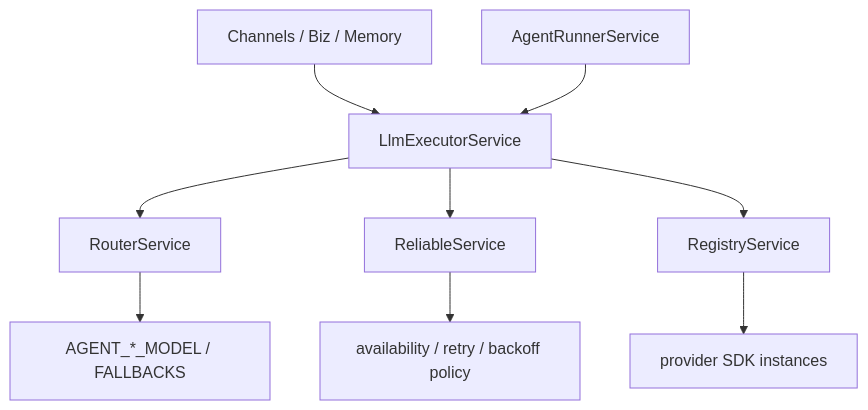
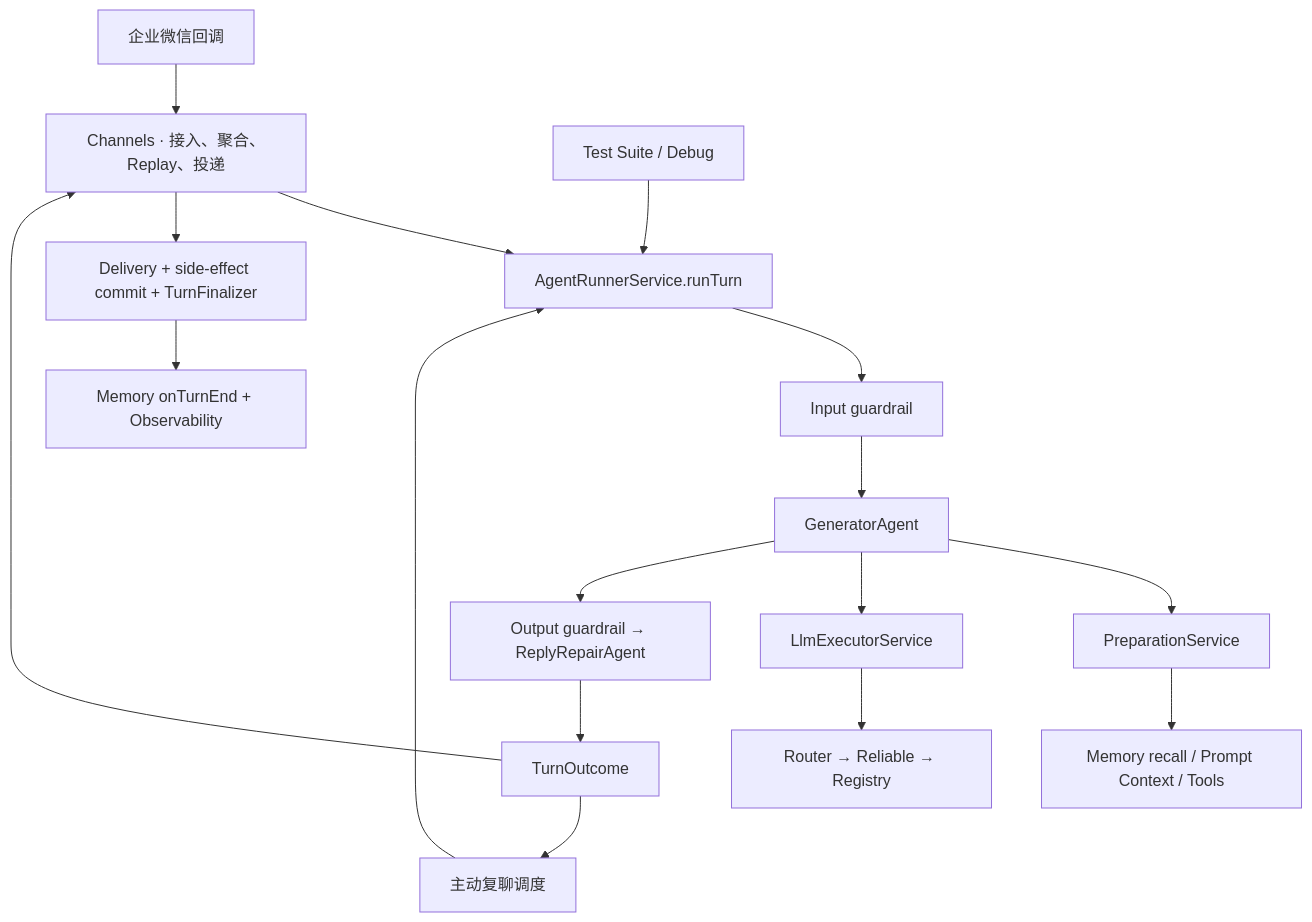
Before and after one commit to huajune/cake-agent-runtime: the diagram in docs/architecture/agent-runtime-architecture.md, drawn with Mermaid. The commit also changed other lines of this file and 776 other files, not shown here.

````diff
--- a/docs/architecture/agent-runtime-architecture.md
+++ b/docs/architecture/agent-runtime-architecture.md
@@ -218,11 +23,19 @@
 ```mermaid
 flowchart TD
-    A["Channels / Biz / Memory"] --> B["LlmExecutorService"]
-    C["AgentRunnerService"] --> B
-    B --> D["RouterService"]
-    B --> E["ReliableService"]
-    B --> F["RegistryService"]
-    D --> G["AGENT_*_MODEL / FALLBACKS"]
-    E --> H["availability / retry / backoff policy"]
-    F --> I["provider SDK instances"]
+    A["企业微信回调"] --> B["Channels · 接入、聚合、Replay、投递"]
+    A2["主动复聊调度"] --> C["AgentRunnerService.runTurn"]
+    A3["Test Suite / Debug"] --> C
+    B --> C
+    C --> D["Input guardrail"]
+    D --> E["GeneratorAgent"]
+    E --> F["PreparationService"]
+    F --> G["Memory recall / Prompt Context / Tools"]
+    E --> H["LlmExecutorService"]
+    H --> I["Router → Reliable → Registry"]
+    E --> J["Output guardrail → ReplyRepairAgent"]
+    J --> K["TurnOutcome"]
+    K --> B
+    K --> A2
+    B --> L["Delivery + side-effect commit + TurnFinalizer"]
+    L --> M["Memory onTurnEnd + Observability"]
 ```
````
